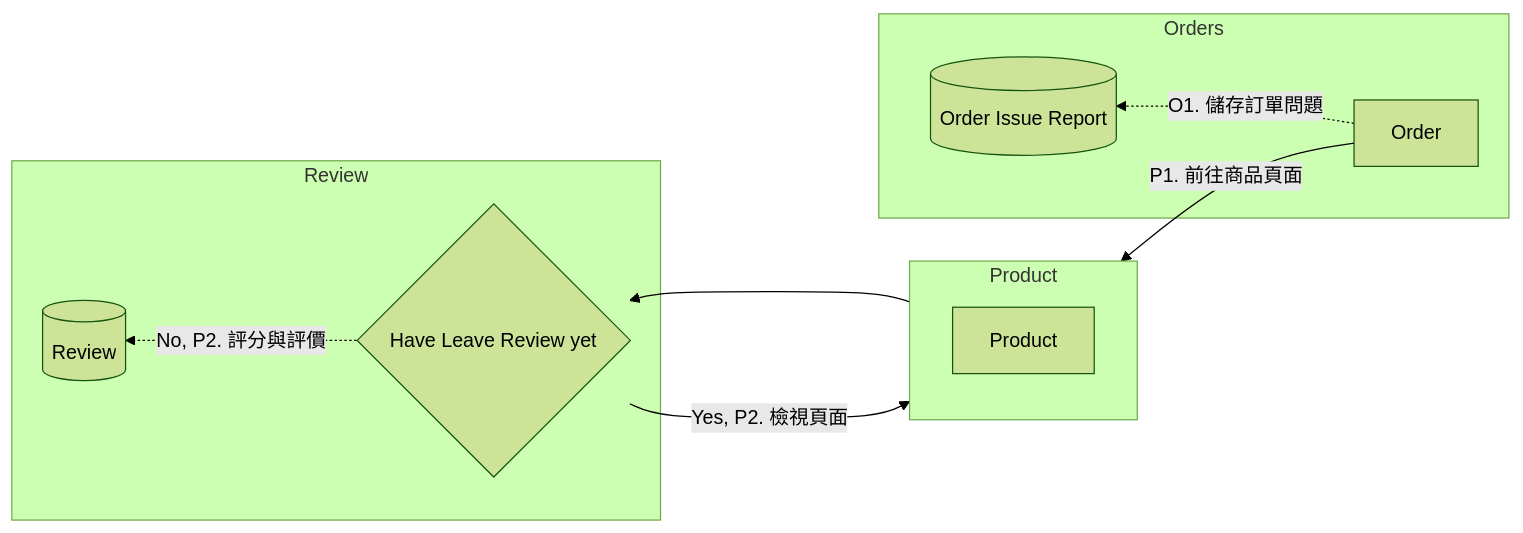
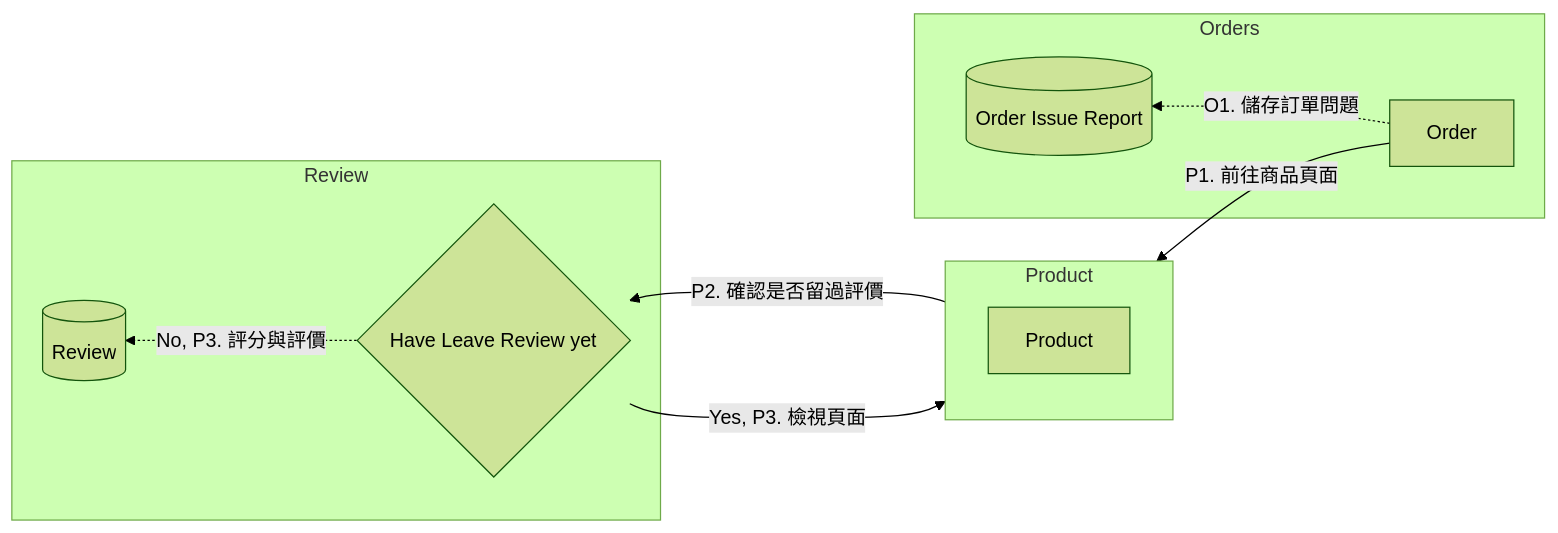
The sixth of 6 diagrams in README.md (stevetsaoch/Ecommerce), drawn with Mermaid (forest theme) before and after one commit.

````diff
--- a/README.md
+++ b/README.md
@@ -230,16 +230,16 @@
 ```mermaid
     flowchart RL
     subgraph Product
       direction TB
         P[Product]
     end
     subgraph Orders
       O[Order] --"P1. 前往商品頁面"--> P
       O -."O1. 儲存訂單問題".-> OS[(Order Issue Report)]
     end
     RL{Have Leave Review yet}
     subgraph Review
-      P --> RL -."No, P2. 評分與評價".-> R[(Review)]
-      RL --"Yes, P2. 檢視頁面"--> P
+      P --"P2. 確認是否留過評價"--> RL -."No, P3. 評分與評價".-> R[(Review)]
+      RL --"Yes, P3. 檢視頁面"--> P
     end
 ```
````
